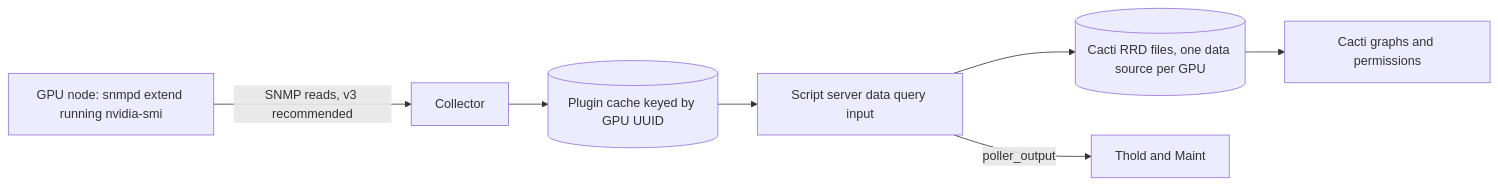
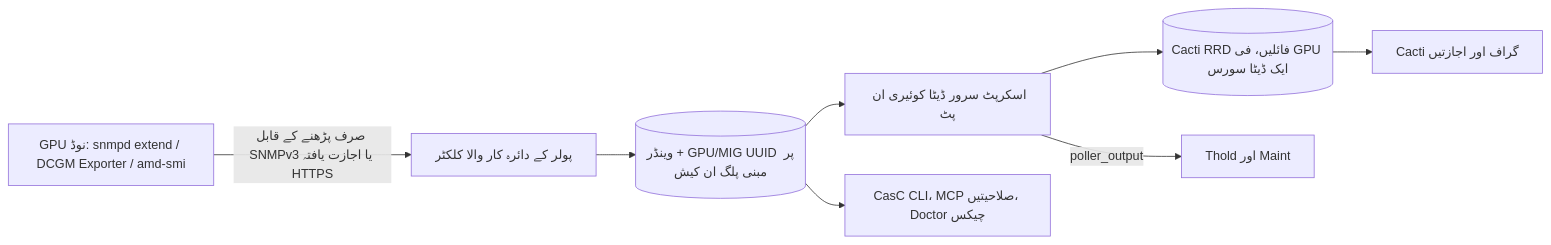
The diagram in docs/i18n/ur-PK/README.md (somethingwithproof/plugin_gpu), drawn with Mermaid before and after one commit. The commit also changed other lines of this file and 47 other files, not shown here.

````diff
--- a/docs/i18n/ur-PK/README.md
+++ b/docs/i18n/ur-PK/README.md
@@ -106,9 +106,10 @@
 ```mermaid
 flowchart LR
-    NODE[GPU node: snmpd extend running nvidia-smi] -->|SNMP reads, v3 recommended| C[Collector]
-    C --> CACHE[(Plugin cache keyed by GPU UUID)]
-    CACHE --> SS[Script server data query input]
-    SS --> RRD[(Cacti RRD files, one data source per GPU)]
-    SS -->|poller_output| T[Thold and Maint]
-    RRD --> G[Cacti graphs and permissions]
+    NODE["GPU نوڈ: snmpd extend / DCGM Exporter / amd-smi"] -->|"صرف پڑھنے کے قابل SNMPv3 یا اجازت یافتہ HTTPS"| C["پولر کے دائرہ کار والا کلکٹر"]
+    C --> CACHE[("وینڈر + GPU/MIG UUID پر مبنی پلگ ان کیش")]
+    CACHE --> SS["اسکرپٹ سرور ڈیٹا کوئیری ان پٹ"]
+    CACHE --> ECO["CasC CLI، MCP صلاحیتیں، Doctor چیکس"]
+    SS --> RRD[("Cacti RRD فائلیں، فی GPU ایک ڈیٹا سورس")]
+    SS -->|poller_output| T["Thold اور Maint"]
+    RRD --> G["Cacti گراف اور اجازتیں"]
 ```
````
